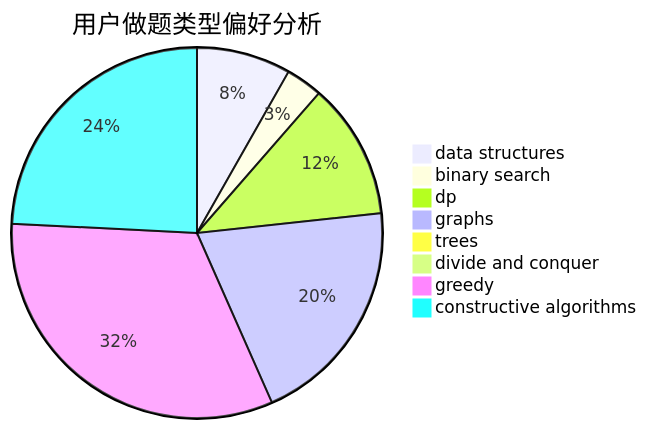
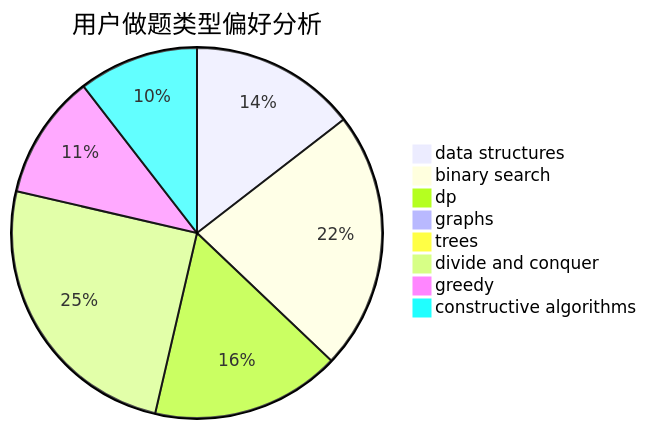
The second of 3 diagrams in docs/user/u736.md (sherpahu/cfrs.github.io), drawn with Mermaid before and after one commit. The commit also changed other lines of this file and 2770 other files, not shown here.

````diff
--- a/docs/user/u736.md
+++ b/docs/user/u736.md
@@ -23,11 +23,11 @@
 ```mermaid
 pie title 用户做题类型偏好分析
-    "data structures" :  18
-    "binary search" :  7
-    "dp" :  26
-    "graphs" :  44
+    "data structures" :  36
+    "binary search" :  56
+    "dp" :  41
+    "graphs" :  1
     "trees" :  0
-    "divide and conquer" :  0
-    "greedy" :  71
-    "constructive algorithms" :  53
+    "divide and conquer" :  62
+    "greedy" :  27
+    "constructive algorithms" :  26
 ```
````
